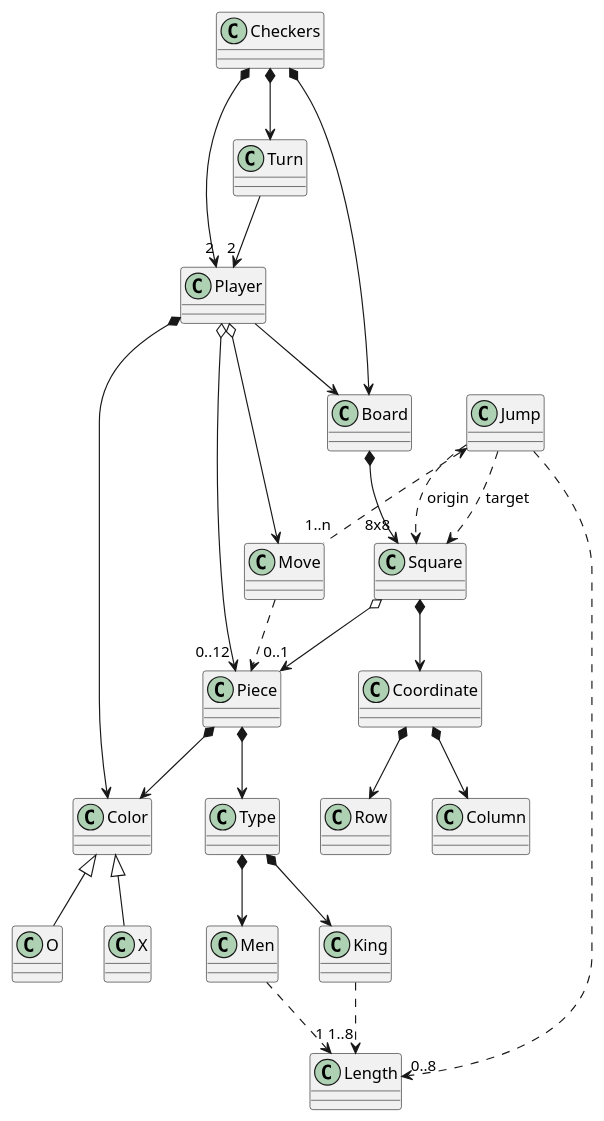
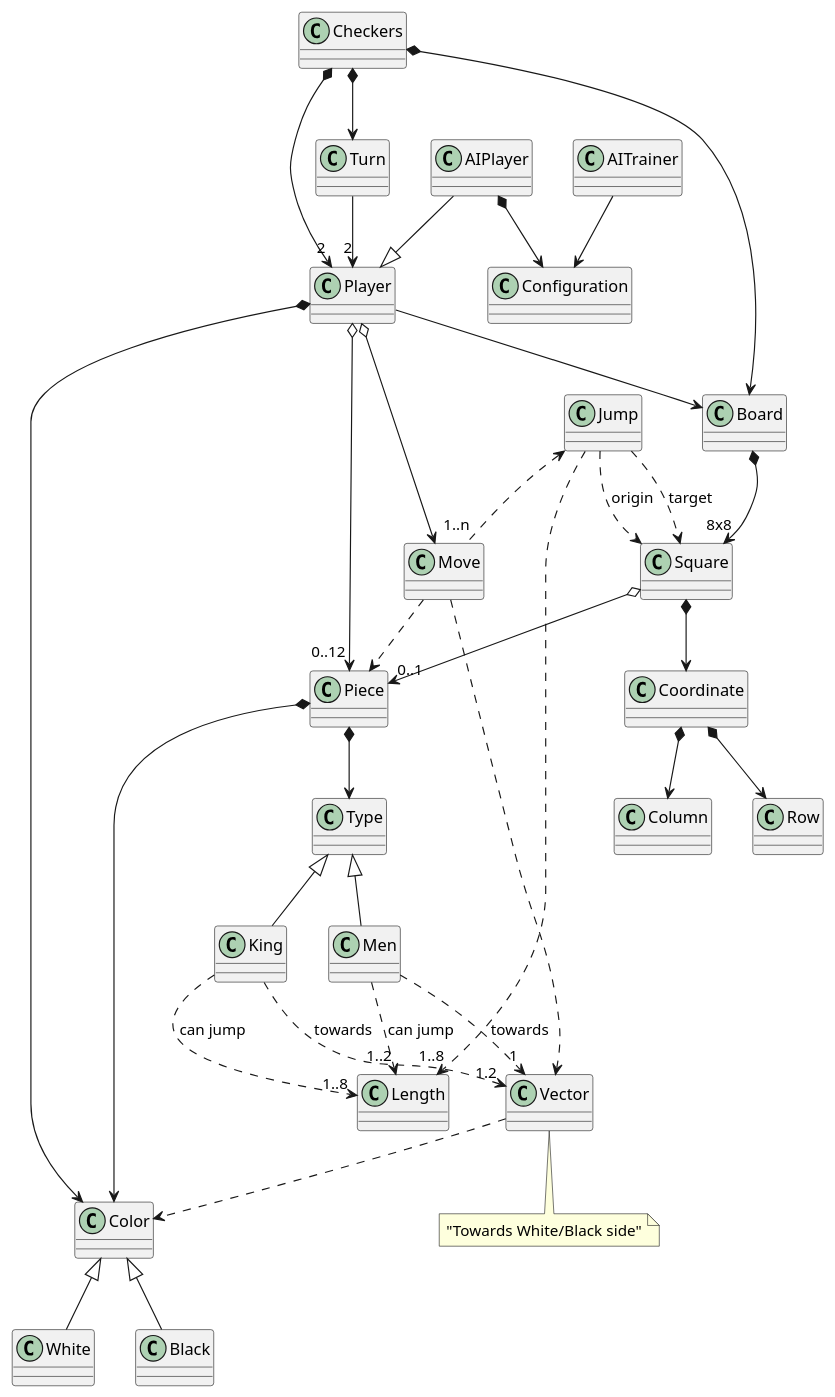
The first of 2 diagrams in docs/src/domain-model/domain-model.plantuml (Master-Desarrollo-20-21/patrones-diseno---practica-final---juego-de-las-damas-fraylopez), drawn with PlantUML before and after one commit. The commit also changed 7 other files, not shown here.

Commit message:
fixes on diagrams

```diff
--- a/docs/src/domain-model/domain-model.plantuml
+++ b/docs/src/domain-model/domain-model.plantuml
@@ -1,39 +1,50 @@
 @startuml DomainModel
 
 Checkers *-down-> "2" Player
 Checkers *-down-> Board
 Checkers *-down-> Turn
 
 Turn -down-> "2" Player
 
 Player -down-> Board
 Player o-down-> "0..12" Piece
 Player o-down-> Move
 Player *-down-> Color
 
-Piece *-down-> Type
-Piece *-down-> Color
-Type *-down-> King
-Type *-down-> Men
+Piece *--> Type
+Piece *--> Color
+King -up-|> Type
+Men -up-|> Type
 
-Men ..> "1" Length
-King ..> "1..8" Length
+Men ..> "1..2" Length : "can jump"
+King ..> "1..8" Length : "can jump"
+Men ..> "1" Vector : "towards"
+King ..> "1.2" Vector : "towards"
 
-Color <|-down- X
-Color <|-down- O
+White -up-|> Color
+Black -up-|> Color
 
 Jump <.. "1..n" Move
-Jump ..> "0..8" Length
+Jump ..> "1..8" Length
 
 Board *-down-> "8x8" Square
 Square *-down-> Coordinate
 Square o-down-> "0..1" Piece
 
 Move .down.> Piece
+Move .down.> Vector
+Vector .down.> Color
+
 Jump .down.> Square : origin
 Jump .down.> Square : target
 
 Coordinate *-down-> Row
 Coordinate *-down-> Column
 
+AIPlayer --|> Player
+AIPlayer *--> Configuration
+AITrainer --> Configuration
+
+note bottom of Vector: "Towards White/Black side"
+
 @enduml
```
